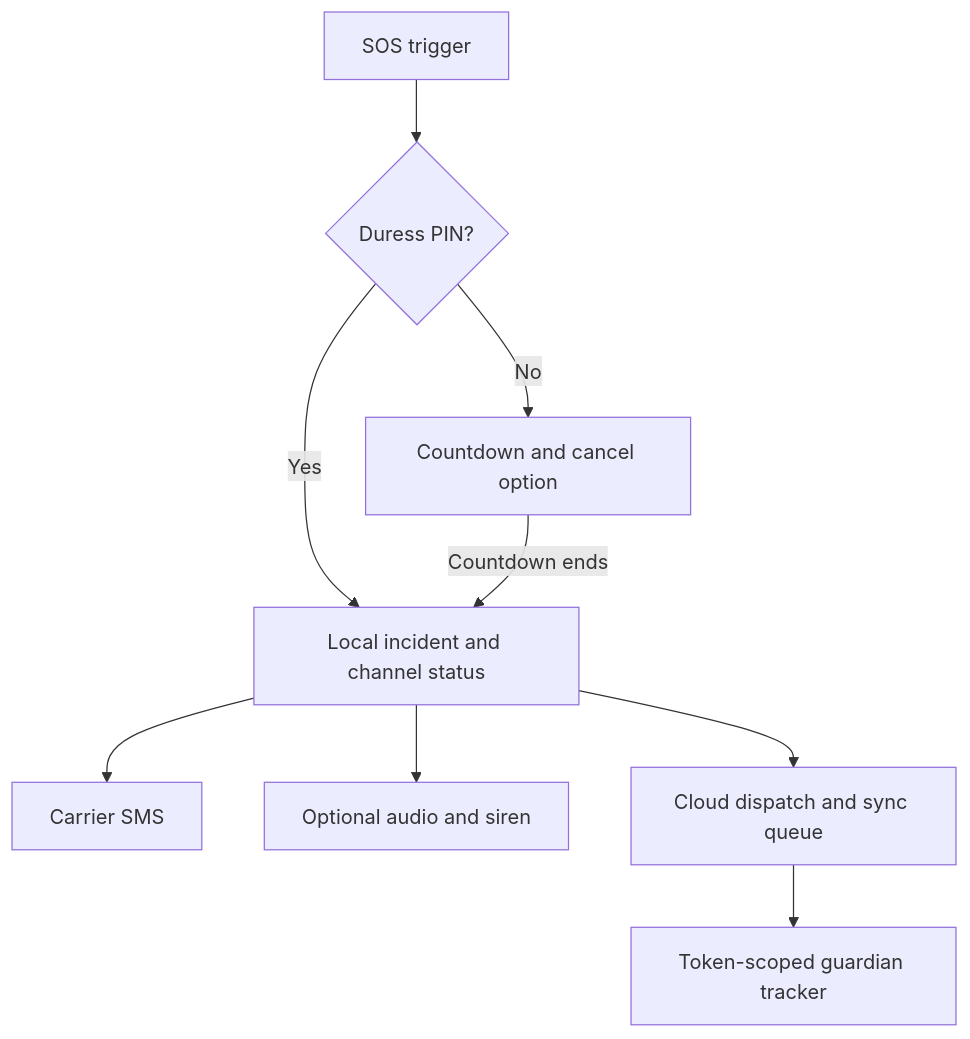
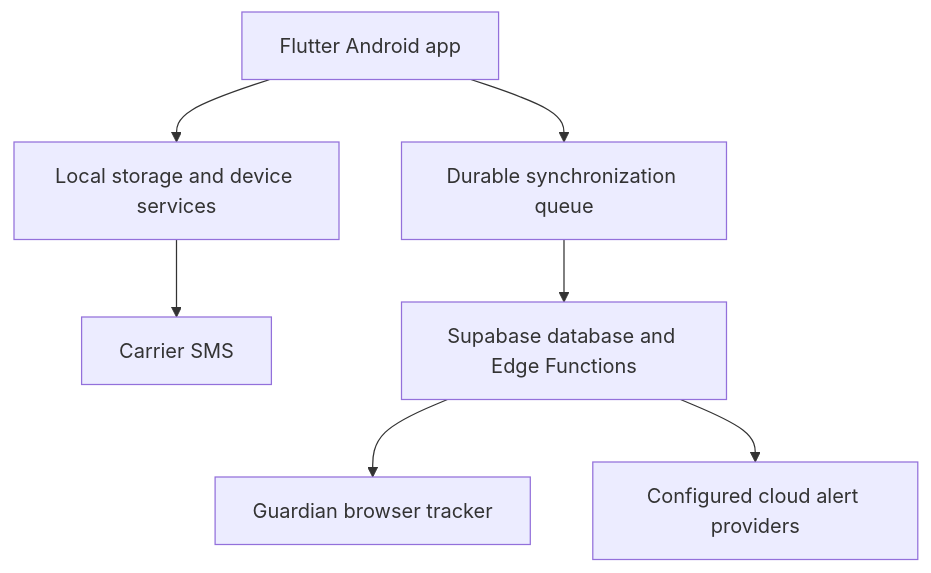
The diagram in README.md (lekhanpro/shakti), drawn with Mermaid before and after one commit. The commit also changed other lines of this file and 8 other files, not shown here.

````diff
--- a/README.md
+++ b/README.md
@@ -69,11 +131,9 @@
 ```mermaid
 flowchart TD
-    T["SOS trigger"] --> D{"Duress PIN?"}
-    D -->|No| C["Countdown and cancel option"]
-    D -->|Yes| L["Local incident and channel status"]
-    C -->|Countdown ends| L
+    A["Flutter Android app"] --> L["Local storage and device services"]
     L --> S["Carrier SMS"]
-    L --> E["Optional audio and siren"]
-    L --> Q["Cloud dispatch and sync queue"]
-    Q --> B["Token-scoped guardian tracker"]
+    A --> Q["Durable synchronization queue"]
+    Q --> B["Supabase database and Edge Functions"]
+    B --> G["Guardian browser tracker"]
+    B --> C["Configured cloud alert providers"]
 ```
````
